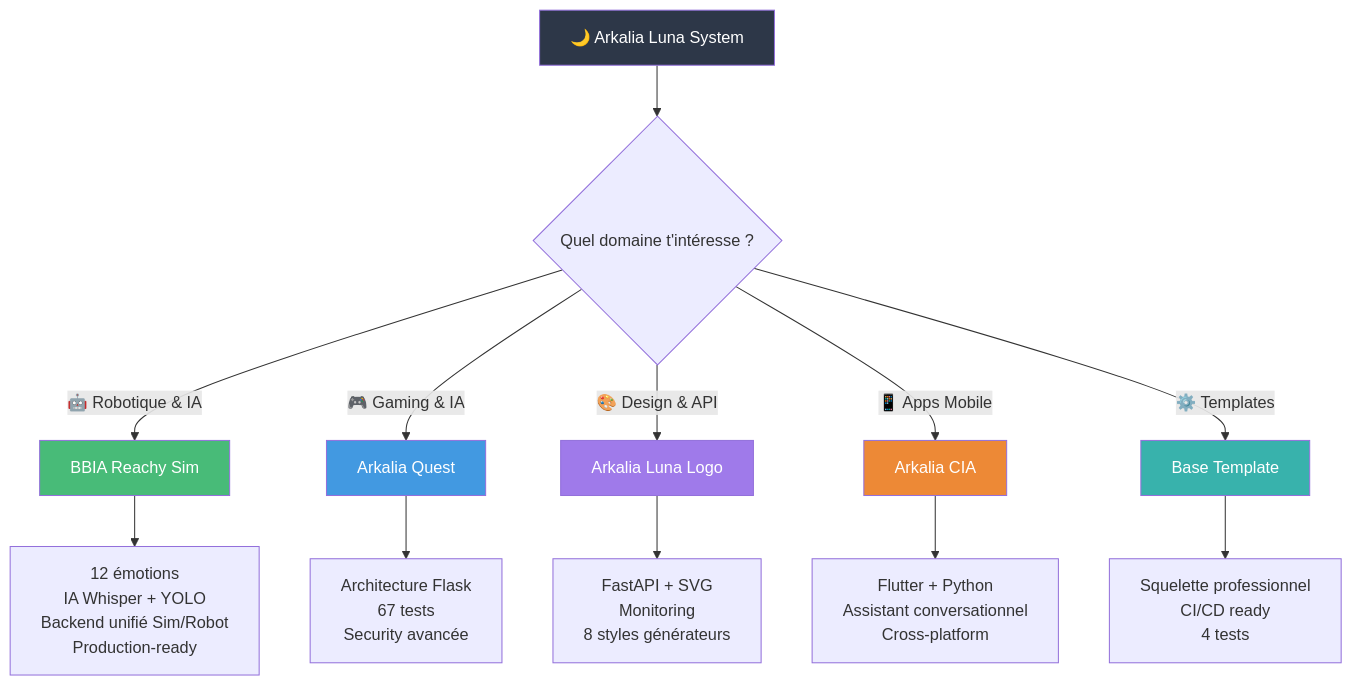
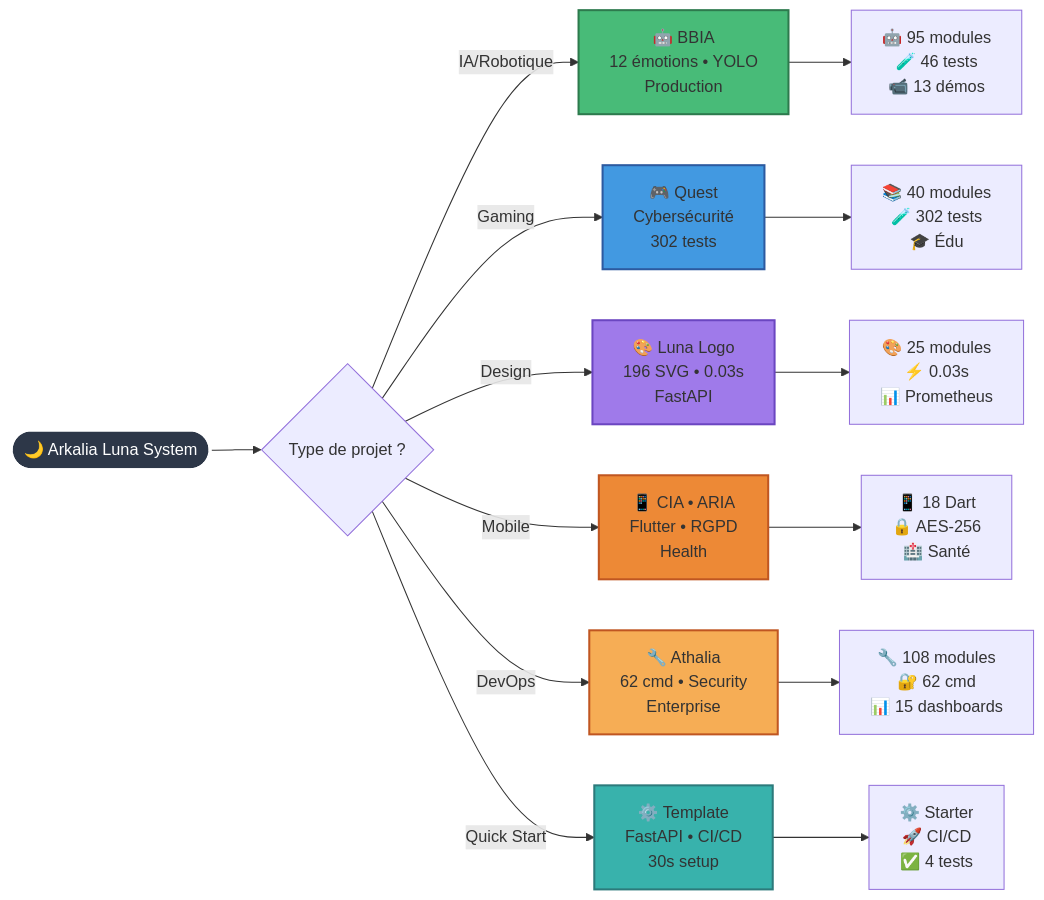
Before and after one commit to arkalia-luna-system/arkalia-luna-system: the second of 2 diagrams in README.md, drawn with Mermaid. The commit also changed other lines of this file, not shown here.

First line of the commit message:
perf(profile): optimiser diagrammes Mermaid

````diff
--- a/README.md
+++ b/README.md
@@ -366,23 +334,26 @@
 ```mermaid
-flowchart TD
-    A[🌙 Arkalia Luna System] --> B{Quel domaine t'intéresse ?}
+flowchart LR
+    START([🌙 Arkalia Luna System]) --> TYPE{Type de projet ?}
     
-    B -->|🤖 Robotique & IA| E[BBIA Reachy Sim]
-    B -->|🎮 Gaming & IA| C[Arkalia Quest]
-    B -->|🎨 Design & API| D[Arkalia Luna Logo]
-    B -->|📱 Apps Mobile| F[Arkalia CIA]
-    B -->|⚙️ Templates| G[Base Template]
+    TYPE -->|IA/Robotique| BBIA[🤖 BBIA<br/>12 émotions • YOLO<br/>Production]
+    TYPE -->|Gaming| QUEST[🎮 Quest<br/>Cybersécurité<br/>302 tests]
+    TYPE -->|Design| LOGO[🎨 Luna Logo<br/>196 SVG • 0.03s<br/>FastAPI]
+    TYPE -->|Mobile| CIA[📱 CIA • ARIA<br/>Flutter • RGPD<br/>Health]
+    TYPE -->|DevOps| ATHALIA[🔧 Athalia<br/>62 cmd • Security<br/>Enterprise]
+    TYPE -->|Quick Start| TEMPLATE[⚙️ Template<br/>FastAPI • CI/CD<br/>30s setup]
     
-    E --> J[12 émotions<br/>IA Whisper + YOLO<br/>Backend unifié Sim/Robot<br/>Production-ready]
-    C --> H[Architecture Flask<br/>67 tests<br/>Security avancée]
-    D --> I[FastAPI + SVG<br/>Monitoring<br/>8 styles générateurs]
-    F --> K[Flutter + Python<br/>Assistant conversationnel<br/>Cross-platform]
-    G --> L[Squelette professionnel<br/>CI/CD ready<br/>4 tests]
+    BBIA --> D1[🤖 95 modules<br/>🧪 46 tests<br/>📹 13 démos]
+    QUEST --> D2[📚 40 modules<br/>🧪 302 tests<br/>🎓 Édu]
+    LOGO --> D3[🎨 25 modules<br/>⚡ 0.03s<br/>📊 Prometheus]
+    CIA --> D4[📱 18 Dart<br/>🔒 AES-256<br/>🏥 Santé]
+    ATHALIA --> D5[🔧 108 modules<br/>🔐 62 cmd<br/>📊 15 dashboards]
+    TEMPLATE --> D6[⚙️ Starter<br/>🚀 CI/CD<br/>✅ 4 tests]
     
-    style A fill:#2d3748,color:#ffffff
-    style E fill:#48bb78,color:#ffffff
-    style C fill:#4299e1,color:#ffffff
-    style D fill:#9f7aea,color:#ffffff
-    style F fill:#ed8936,color:#ffffff
-    style G fill:#38b2ac,color:#ffffff
+    style START fill:#2d3748,stroke:#ffffff,stroke-width:3px,color:#ffffff
+    style BBIA fill:#48bb78,stroke:#2d7a4d,stroke-width:2px
+    style QUEST fill:#4299e1,stroke:#2c5aa0,stroke-width:2px
+    style LOGO fill:#9f7aea,stroke:#6b46c1,stroke-width:2px
+    style CIA fill:#ed8936,stroke:#c05621,stroke-width:2px
+    style ATHALIA fill:#f6ad55,stroke:#c05621,stroke-width:2px
+    style TEMPLATE fill:#38b2ac,stroke:#2c7a7b,stroke-width:2px
 ```
````
